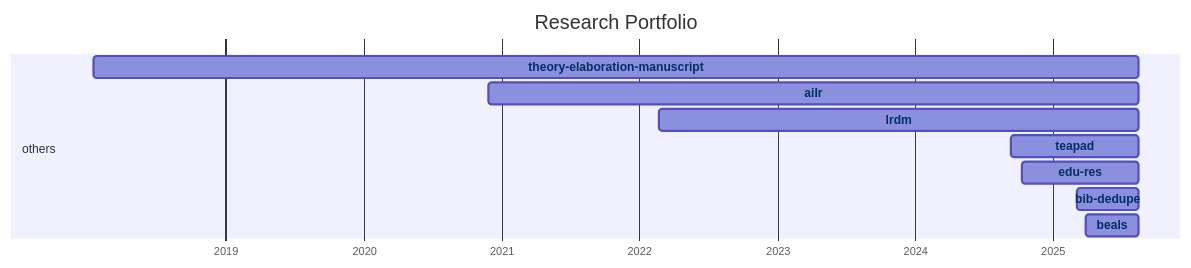
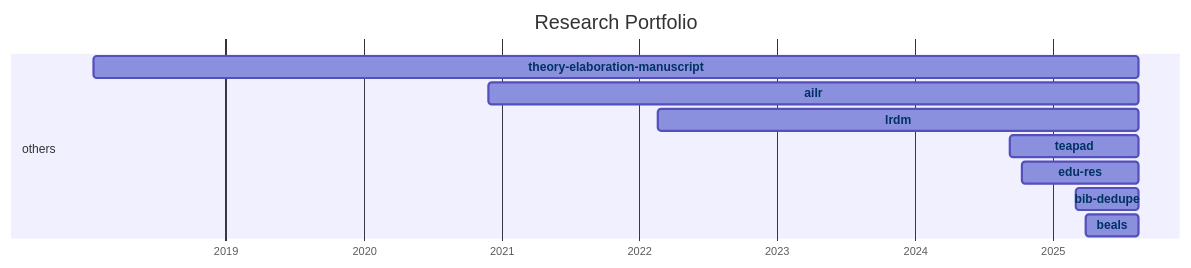
Before and after one commit to digital-work-lab/handbook: the diagram in docs/20-research/25-projects-gantt.md, drawn with Mermaid.

Commit message:
Update repository overview

````diff
--- a/docs/20-research/25-projects-gantt.md
+++ b/docs/20-research/25-projects-gantt.md
@@ -8,33 +8,33 @@
 ```mermaid
 ---
 displayMode: compact
 ---
 gantt
 title Research Portfolio
 dateFormat YYYY-MM-DD
 axisFormat %Y
 
     section work_practices
 
     section distributed_organizing
 
     section knowledge_synthesis
 
     section others
-        beals :beals, 2025-03-28, 2025-08-15
-        bib-dedupe :bib-dedupe, 2025-03-04, 2025-08-15
-        edu-res :edu-res, 2024-10-10, 2025-08-15
-        teapad :teapad, 2024-09-10, 2025-08-15
-        lrdm :lrdm, 2022-02-20, 2025-08-15
-        ailr :ailr, 2020-11-26, 2025-08-15
-        theory-elaboration-manuscript :theory-elaboration-manuscript, 2018-01-15, 2025-08-15
+        beals :beals, 2025-03-28, 2025-08-16
+        bib-dedupe :bib-dedupe, 2025-03-04, 2025-08-16
+        edu-res :edu-res, 2024-10-10, 2025-08-16
+        teapad :teapad, 2024-09-10, 2025-08-16
+        lrdm :lrdm, 2022-02-20, 2025-08-16
+        ailr :ailr, 2020-11-26, 2025-08-16
+        theory-elaboration-manuscript :theory-elaboration-manuscript, 2018-01-15, 2025-08-16
 
 
     click beals href "{{ site.baseurl }}/docs/10-lab/18-resources/beals.html"
     click bib-dedupe href "{{ site.baseurl }}/docs/10-lab/18-resources/bib-dedupe.html"
     click edu-res href "{{ site.baseurl }}/docs/10-lab/18-resources/edu-res.html"
     click teapad href "{{ site.baseurl }}/docs/10-lab/18-resources/teapad.html"
     click lrdm href "{{ site.baseurl }}/docs/10-lab/18-resources/lrdm.html"
     click ailr href "{{ site.baseurl }}/docs/10-lab/18-resources/ailr.html"
     click theory-elaboration-manuscript href "{{ site.baseurl }}/docs/10-lab/18-resources/theory-elaboration-manuscript.html"
 ```
````
